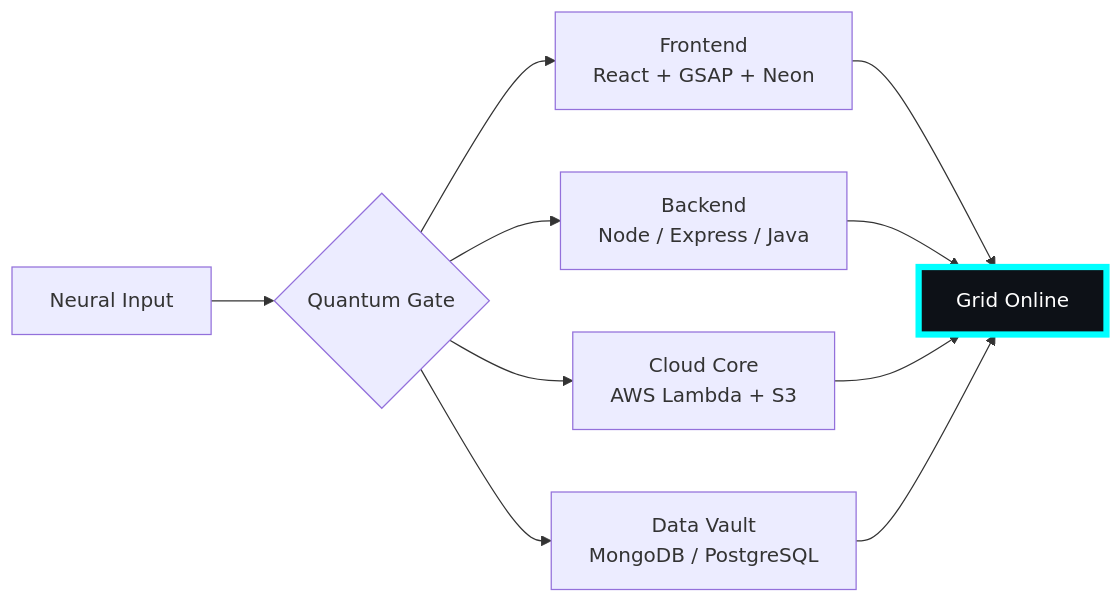
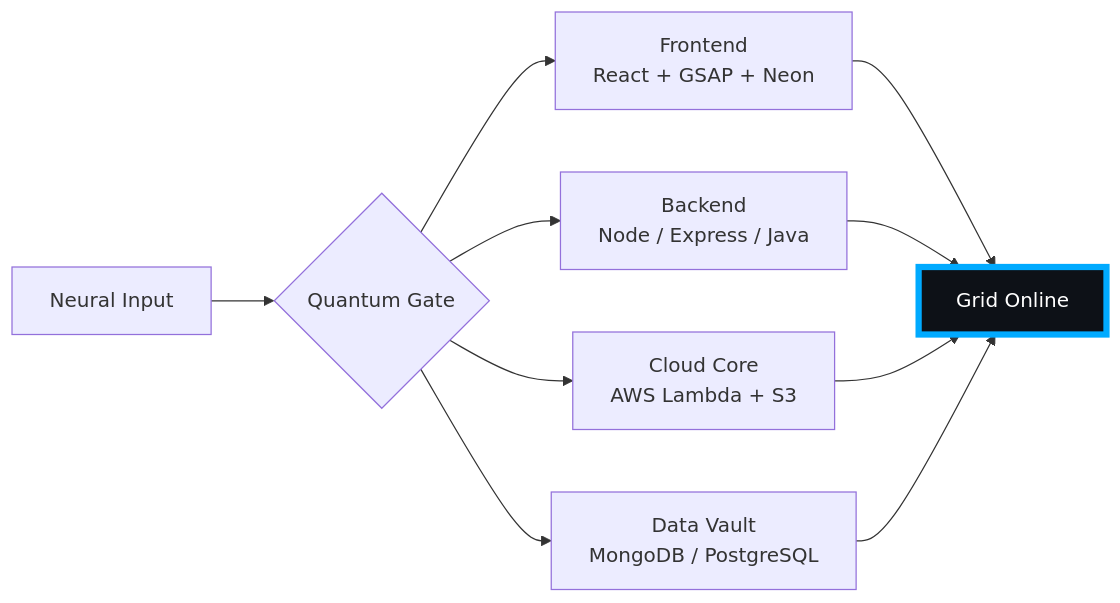
The diagram in README.md (pendemvamsi/pendemvamsi), drawn with Mermaid before and after one commit. The commit also changed other lines of this file and 1 other file, not shown here.

````diff
--- a/README.md
+++ b/README.md
@@ -32,10 +32,10 @@
 ```mermaid
 flowchart LR
     U[Neural Input] --> G{Quantum Gate}
     G --> F[Frontend<br>React + GSAP + Neon]
     G --> B[Backend<br>Node / Express / Java]
     G --> C[Cloud Core<br>AWS Lambda + S3]
     G --> D[Data Vault<br>MongoDB / PostgreSQL]
     F & B & C & D --> O[Grid Online]
-    style O fill:#0d1117,stroke:#00FFFF,stroke-width:5px,color:#fff
+    style O fill:#0d1117,stroke:#00AAFF,stroke-width:5px,color:#fff
 ```
````
